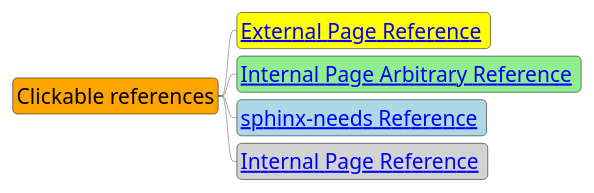
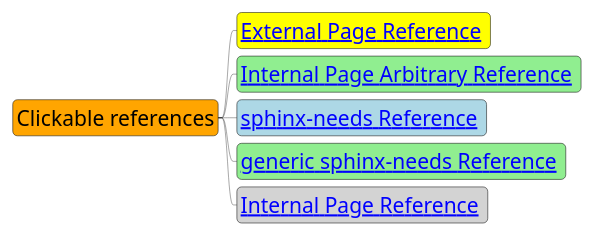
Before and after one commit to mi-parkes/sphinx-diagram-connect: the diagram in doc/source/test/test-plantuml1.rst, drawn with PlantUML. The commit also changed 3 other files, not shown here.

```diff
--- a/doc/source/test/test-plantuml1.rst
+++ b/doc/source/test/test-plantuml1.rst
@@ -4,15 +4,16 @@
 .. uml::
     :caption: PlantUML Caption with **bold** and *italic*
     :name: PlantUML Label1
 
     @startmindmap mindmap1
     scale 0.3
     skinparam defaultFontSize 56
     skinparam backgroundColor transparent
     *[#Orange] Clickable references
     **[#yellow] [[ https://www.sphinx-doc.org/en/master/ External Page Reference ]]
     **[#lightgreen] [[ ":ref:`Extension Architecture`" Internal Page Arbitrary Reference ]]
     **[#lightblue] [[ ":ref:`spc_demo_00001`" sphinx-needs Reference ]]
+    **[#lightgreen] [[ ":need:`req_demo_00010`" generic sphinx-needs Reference ]]
     **[#lightgrey] [[ ":doc:`Meta Model`" Internal Page Reference ]]
 
     @endmindmap
```
